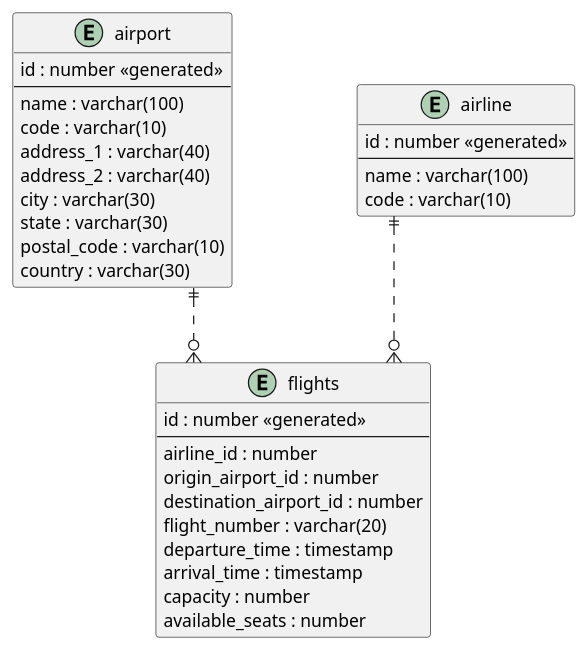
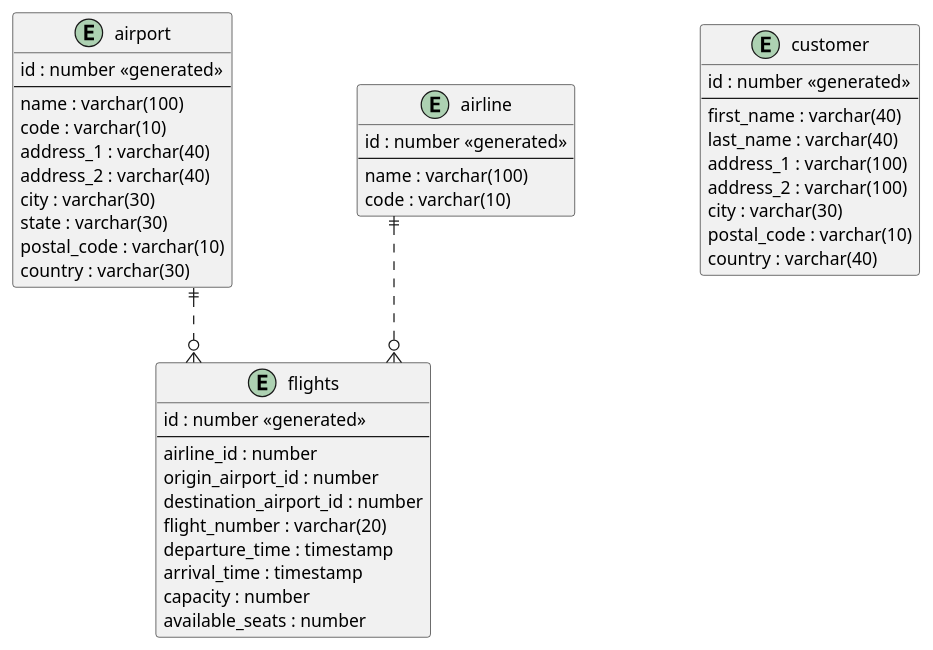
The diagram in docs/er-diagram.puml (ch88251/airport-management-system), drawn with PlantUML before and after one commit. The commit also changed 1 other file, not shown here.

Commit message:
Updated ER diagram

```diff
--- a/docs/er-diagram.puml
+++ b/docs/er-diagram.puml
@@ -1,42 +1,54 @@
 @startuml
 
 skinparam linetype ortho
 skinparam nodesep 100
 
 entity "flights" as e01 {
   id : number <<generated>>
   --
   airline_id : number
   origin_airport_id : number
   destination_airport_id : number
   flight_number : varchar(20)
   departure_time : timestamp
   arrival_time : timestamp
   capacity : number
   available_seats : number
 }
 
 entity "airline" as e02 {
   id : number <<generated>>
   --
   name : varchar(100)
   code : varchar(10)
 }
 
 entity "airport" as e03 {
   id : number <<generated>>
   --
   name : varchar(100)
   code : varchar(10)
   address_1 : varchar(40)
   address_2 : varchar(40)
   city : varchar(30)
   state : varchar(30)
   postal_code : varchar(10)
   country : varchar(30)
 }
 
+entity "customer" as e04 {
+  id : number <<generated>>
+  --
+  first_name : varchar(40)
+  last_name : varchar(40)
+  address_1 : varchar(100)
+  address_2 : varchar(100)
+  city : varchar(30)
+  postal_code : varchar(10)
+  country : varchar(40)
+}
+
 e01 }o.up.|| e02
 e01 }o.up.|| e03
 
 @enduml
```
